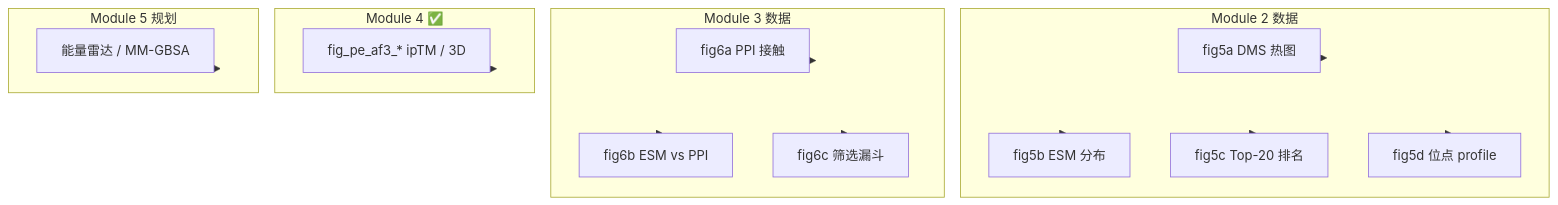
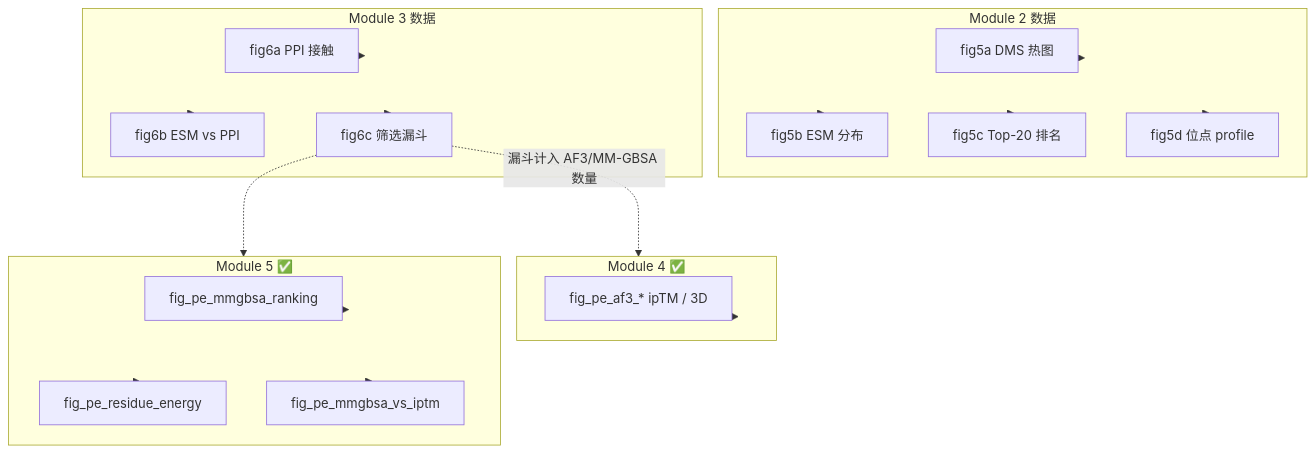
The second of 2 diagrams in docs/workflows/PE_MODULES.md (Tepeng0213/OmniScreen-AI), drawn with Mermaid before and after one commit. The commit also changed other lines of this file and 1 other file, not shown here.

````diff
--- a/docs/workflows/PE_MODULES.md
+++ b/docs/workflows/PE_MODULES.md
@@ -511,24 +617,28 @@
 ```mermaid
 flowchart TB
     subgraph M2["Module 2 数据"]
         F5a[fig5a DMS 热图]
         F5b[fig5b ESM 分布]
         F5c[fig5c Top-20 排名]
         F5d[fig5d 位点 profile]
     end
     subgraph M3["Module 3 数据"]
         F6a[fig6a PPI 接触]
         F6b[fig6b ESM vs PPI]
         F6c[fig6c 筛选漏斗]
     end
     subgraph M4["Module 4 ✅"]
-        Fpe[fig_pe_af3_* ipTM / 3D]
+        F7a[fig_pe_af3_* ipTM / 3D]
     end
-    subgraph M5["Module 5 规划"]
-        F7[能量雷达 / MM-GBSA]
+    subgraph M5["Module 5 ✅"]
+        F7b[fig_pe_mmgbsa_ranking]
+        F7c[fig_pe_residue_energy]
+        F7d[fig_pe_mmgbsa_vs_iptm]
     end
     M2 --> F5a & F5b & F5c & F5d
     M3 --> F6a & F6b & F6c
-    M4 --> Fpe
-    M5 -.-> F7
+    M4 --> F7a
+    M5 --> F7b & F7c & F7d
+    F6c -.->|漏斗计入 AF3/MM-GBSA 数量| M4
+    F6c -.-> M5
 ```
````
